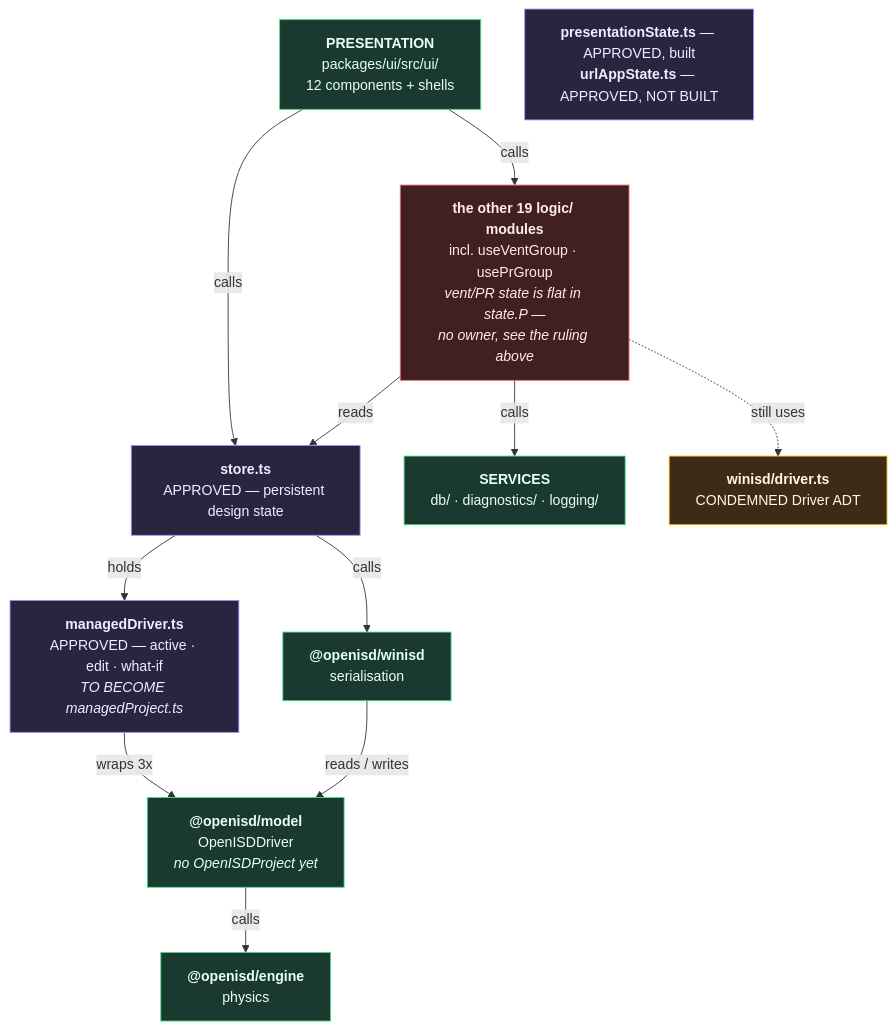
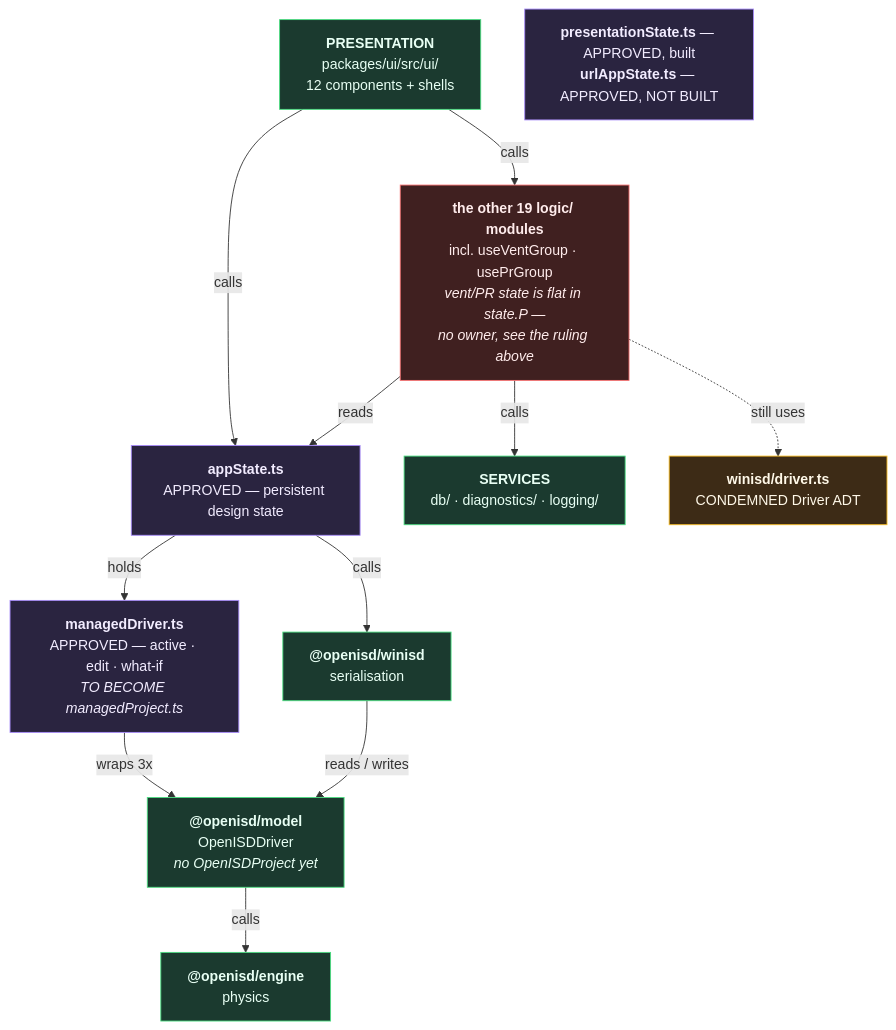
One commit to Johnlon/openisd changed the fourth of 5 diagrams in ARCHITECTURE.md. Above: the diagram before and after it, drawn with Mermaid. The commit also changed other lines of this file and 6 other files, not shown here.

````diff
--- a/ARCHITECTURE.md
+++ b/ARCHITECTURE.md
@@ -410,33 +411,33 @@
 ```mermaid
 graph TD
     UI["<b>PRESENTATION</b><br/>packages/ui/src/ui/<br/>12 components + shells"]
-    STORE["<b>store.ts</b><br/>APPROVED — persistent design state"]
+    STORE["<b>appState.ts</b><br/>APPROVED — persistent design state"]
     MANAGED["<b>managedDriver.ts</b><br/>APPROVED — active · edit · what-if<br/><i>TO BECOME managedProject.ts</i>"]
     PRES["<b>presentationState.ts</b> — APPROVED, built<br/><b>urlAppState.ts</b> — APPROVED, NOT BUILT"]
     REST["<b>the other 19 logic/ modules</b><br/>incl. useVentGroup · usePrGroup<br/><i>vent/PR state is flat in state.P —<br/>no owner, see the ruling above</i>"]
     SVC["<b>SERVICES</b><br/>db/ · diagnostics/ · logging/"]
     MODEL["<b>@openisd/model</b><br/>OpenISDDriver<br/><i>no OpenISDProject yet</i>"]
     ENGINE["<b>@openisd/engine</b><br/>physics"]
     WINISD["<b>@openisd/winisd</b><br/>serialisation"]
     OLD["<b>winisd/driver.ts</b><br/>CONDEMNED Driver ADT"]
 
     UI -->|calls| STORE
     UI -->|calls| REST
     STORE -->|holds| MANAGED
     REST -->|reads| STORE
     REST -->|calls| SVC
     MANAGED -->|"wraps 3x"| MODEL
     MODEL -->|calls| ENGINE
     WINISD -->|"reads / writes"| MODEL
     STORE -->|calls| WINISD
     REST -. "still uses" .-> OLD
 
     classDef ok fill:#1b3a2f,stroke:#4ade80,color:#e8fff4
     classDef approved fill:#2a2440,stroke:#a78bfa,color:#f2ecff
     classDef unplaced fill:#402020,stroke:#f87171,color:#ffecec
     classDef condemned fill:#3d2b16,stroke:#fbbf24,color:#fff8e8
     class UI,SVC,MODEL,ENGINE,WINISD ok
     class STORE,MANAGED,PRES approved
     class REST unplaced
     class OLD condemned
 ```
````
